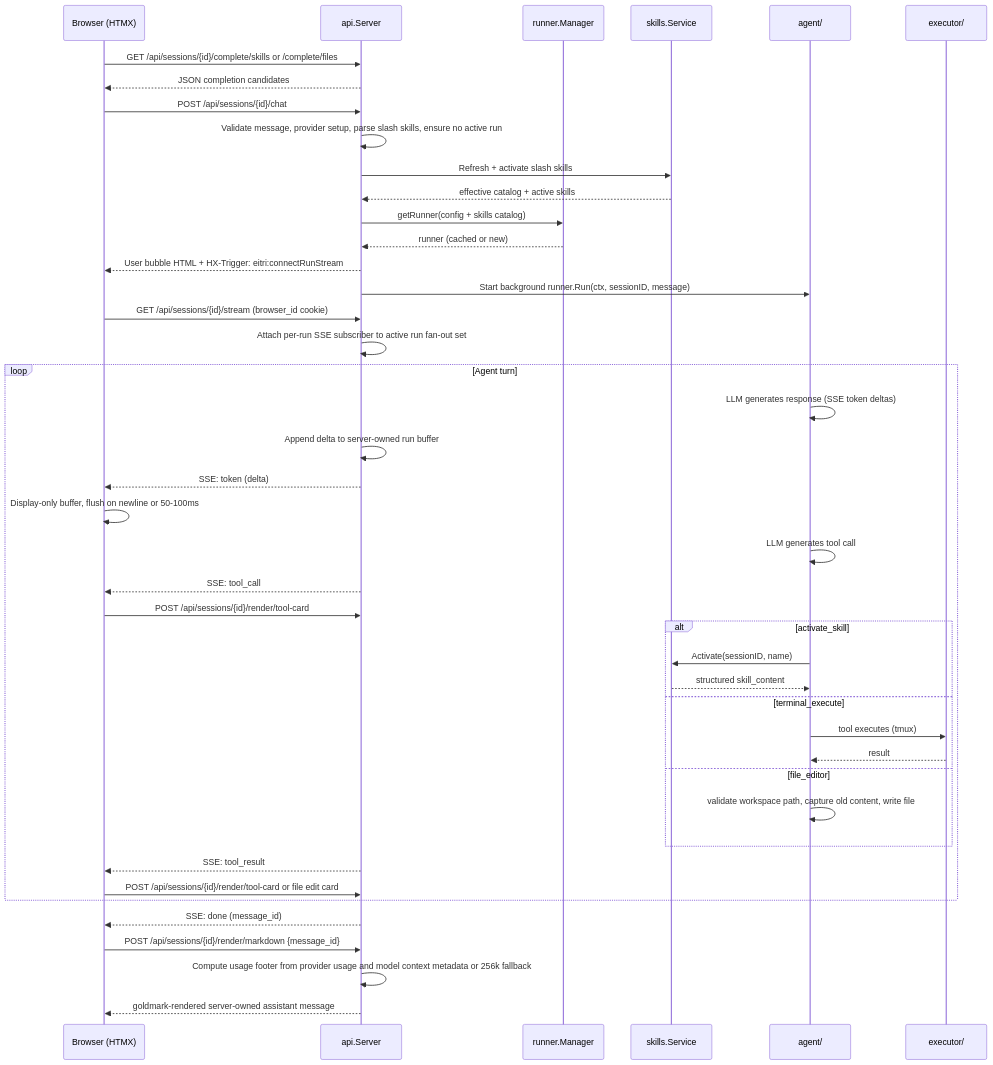
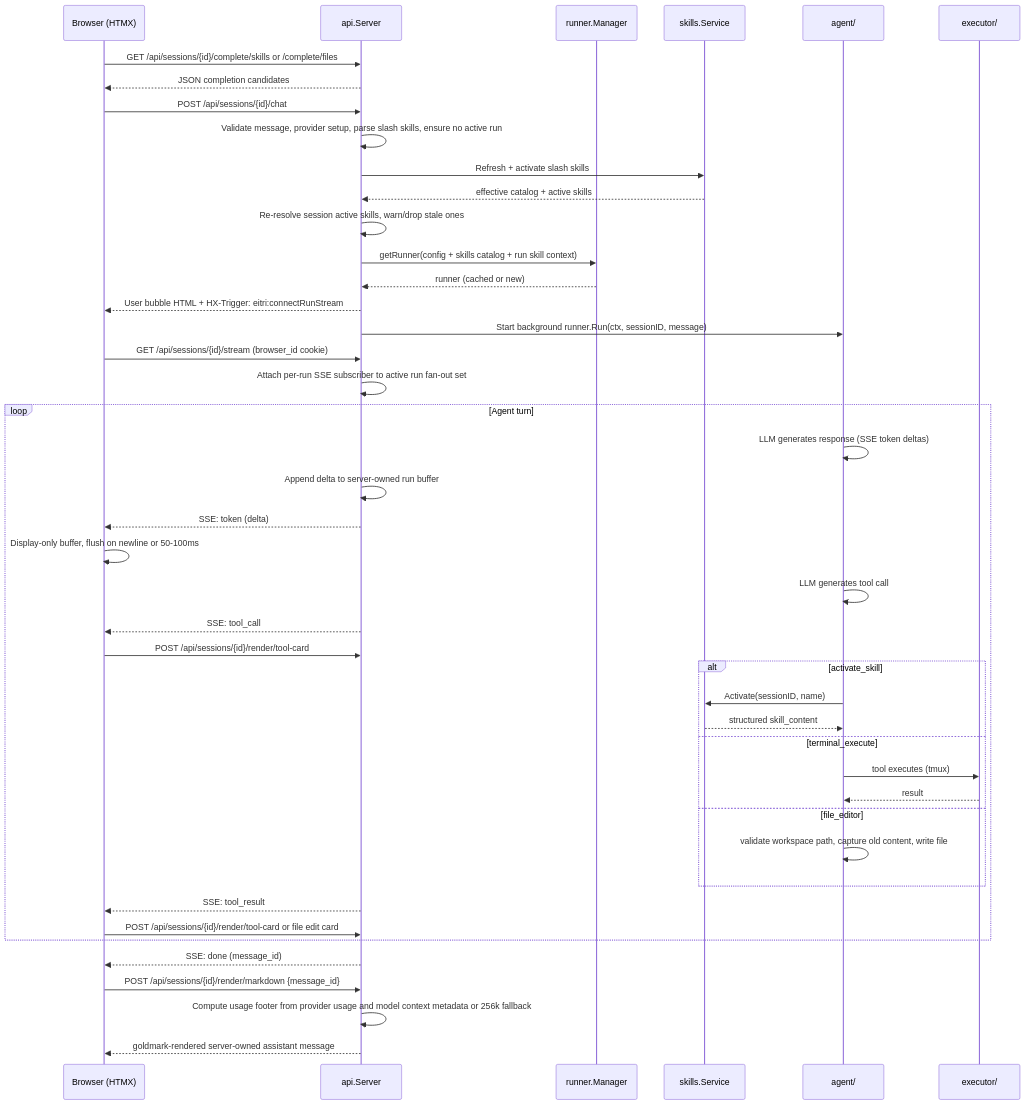
Before and after one commit to glemsom/eitri: the second of 2 diagrams in docs/ARCHITECTURE.md, drawn with Mermaid. The commit also changed other lines of this file and 6 other files, not shown here.

Commit message:
Re-apply active skills on each run (#86)

````diff
--- a/docs/ARCHITECTURE.md
+++ b/docs/ARCHITECTURE.md
@@ -221,48 +221,49 @@
 ```mermaid
 sequenceDiagram
     participant Browser as Browser (HTMX)
     participant API as api.Server
     participant RunnerMgr as runner.Manager
     participant Skills as skills.Service
     participant Agent as agent/
     participant Executor as executor/
 
     Browser->>API: GET /api/sessions/{id}/complete/skills or /complete/files
     API-->>Browser: JSON completion candidates
     Browser->>API: POST /api/sessions/{id}/chat
     API->>API: Validate message, provider setup, parse slash skills, ensure no active run
     API->>Skills: Refresh + activate slash skills
     Skills-->>API: effective catalog + active skills
-    API->>RunnerMgr: getRunner(config + skills catalog)
+    API->>API: Re-resolve session active skills, warn/drop stale ones
+    API->>RunnerMgr: getRunner(config + skills catalog + run skill context)
     RunnerMgr-->>API: runner (cached or new)
     API-->>Browser: User bubble HTML + HX-Trigger: eitri:connectRunStream
     API->>Agent: Start background runner.Run(ctx, sessionID, message)
     Browser->>API: GET /api/sessions/{id}/stream (browser_id cookie)
     API->>API: Attach per-run SSE subscriber to active run fan-out set
     
     loop Agent turn
         Agent->>Agent: LLM generates response (SSE token deltas)
         API->>API: Append delta to server-owned run buffer
         API-->>Browser: SSE: token (delta)
         Browser->>Browser: Display-only buffer, flush on newline or 50-100ms
         Agent->>Agent: LLM generates tool call
         API-->>Browser: SSE: tool_call
         Browser->>API: POST /api/sessions/{id}/render/tool-card
         alt activate_skill
             Agent->>Skills: Activate(sessionID, name)
             Skills-->>Agent: structured skill_content
         else terminal_execute
             Agent->>Executor: tool executes (tmux)
             Executor-->>Agent: result
         else file_editor
             Agent->>Agent: validate workspace path, capture old content, write file
         end
         API-->>Browser: SSE: tool_result
         Browser->>API: POST /api/sessions/{id}/render/tool-card or file edit card
     end
 
     API-->>Browser: SSE: done (message_id)
     Browser->>API: POST /api/sessions/{id}/render/markdown {message_id}
     API->>API: Compute usage footer from provider usage and model context metadata or 256k fallback
     API-->>Browser: goldmark-rendered server-owned assistant message
 ```
````
